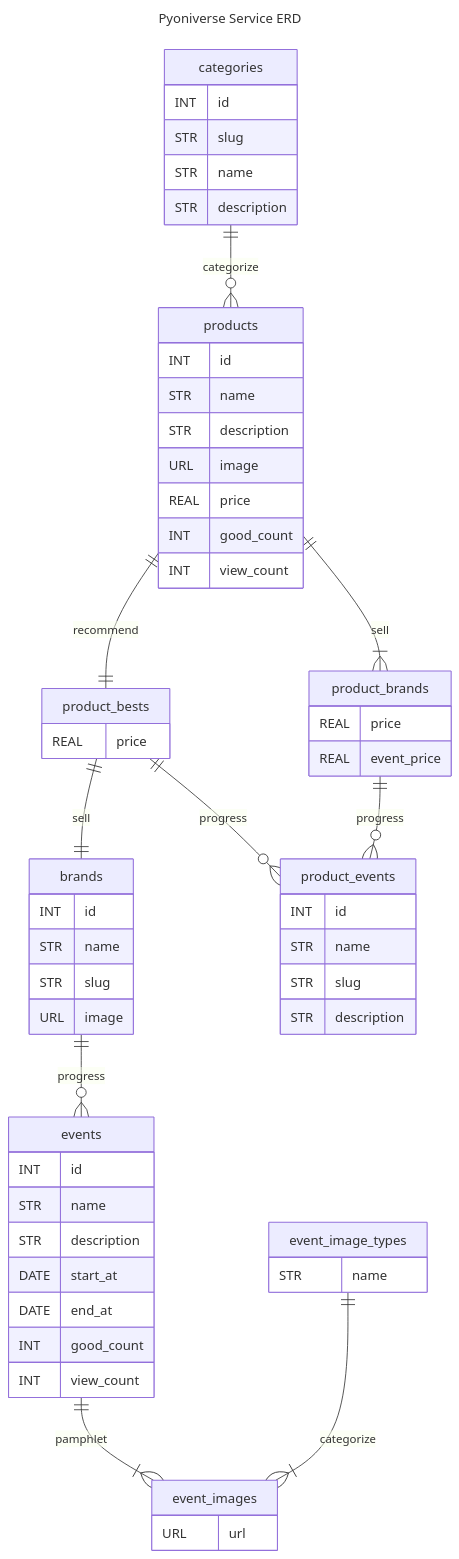
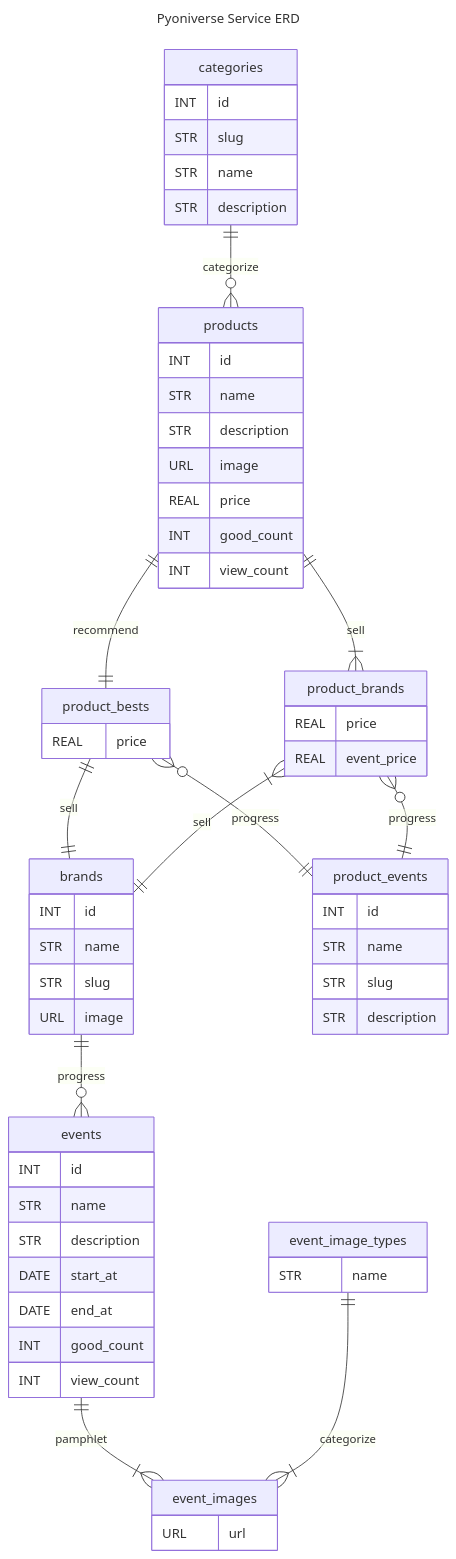
The diagram in erd/diagram.md (KU-Capstone-Design/pyoniverse-architecture), drawn with Mermaid before and after one commit. The commit also changed 2 other files, not shown here.

Commit message:
[feat] service schema (#3)

````diff
--- a/erd/diagram.md
+++ b/erd/diagram.md
@@ -2,65 +2,66 @@
 ``` mermaid
 ---
 title: Pyoniverse Service ERD
 ---
 erDiagram
     categories {
         INT id
         STR slug
         STR name
         STR description
     }
     brands {
         INT id
         STR name
         STR slug
         URL image
     }
     events {
         INT id
         STR name
         STR description
         DATE start_at
         DATE end_at
         INT good_count
         INT view_count
     }
     event_images {
         URL url
     }
     event_image_types {
         STR name
     }
     products {
         INT id
         STR name
         STR description
         URL image
         REAL price
         INT good_count
         INT view_count
     }
     product_bests {
         REAL price
     }
     product_brands {
         REAL price
         REAL event_price
     }
     product_events {
         INT id
         STR name
         STR slug
         STR description
     }
     categories ||--o{ products : categorize
     products ||--|| product_bests: recommend
     product_bests ||--|| brands: sell
-    product_bests ||--o{ product_events: progress
+    product_bests o{--|| product_events: progress
     products ||--|{ product_brands: sell
-    product_brands ||--o{ product_events: progress
+    product_brands o{--|| product_events: progress
+    product_brands |{--|| brands: sell
 
     brands ||--o{ events: progress
     events ||--|{ event_images: pamphlet
     event_image_types ||--|{ event_images: categorize
 ```
````
